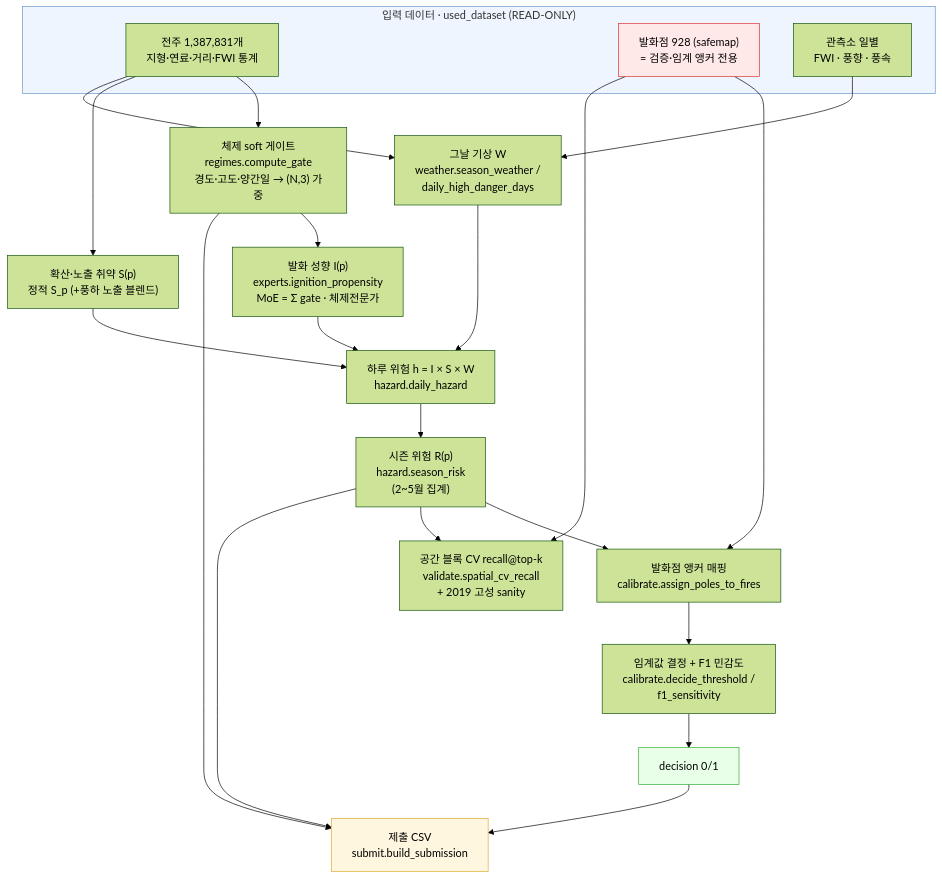
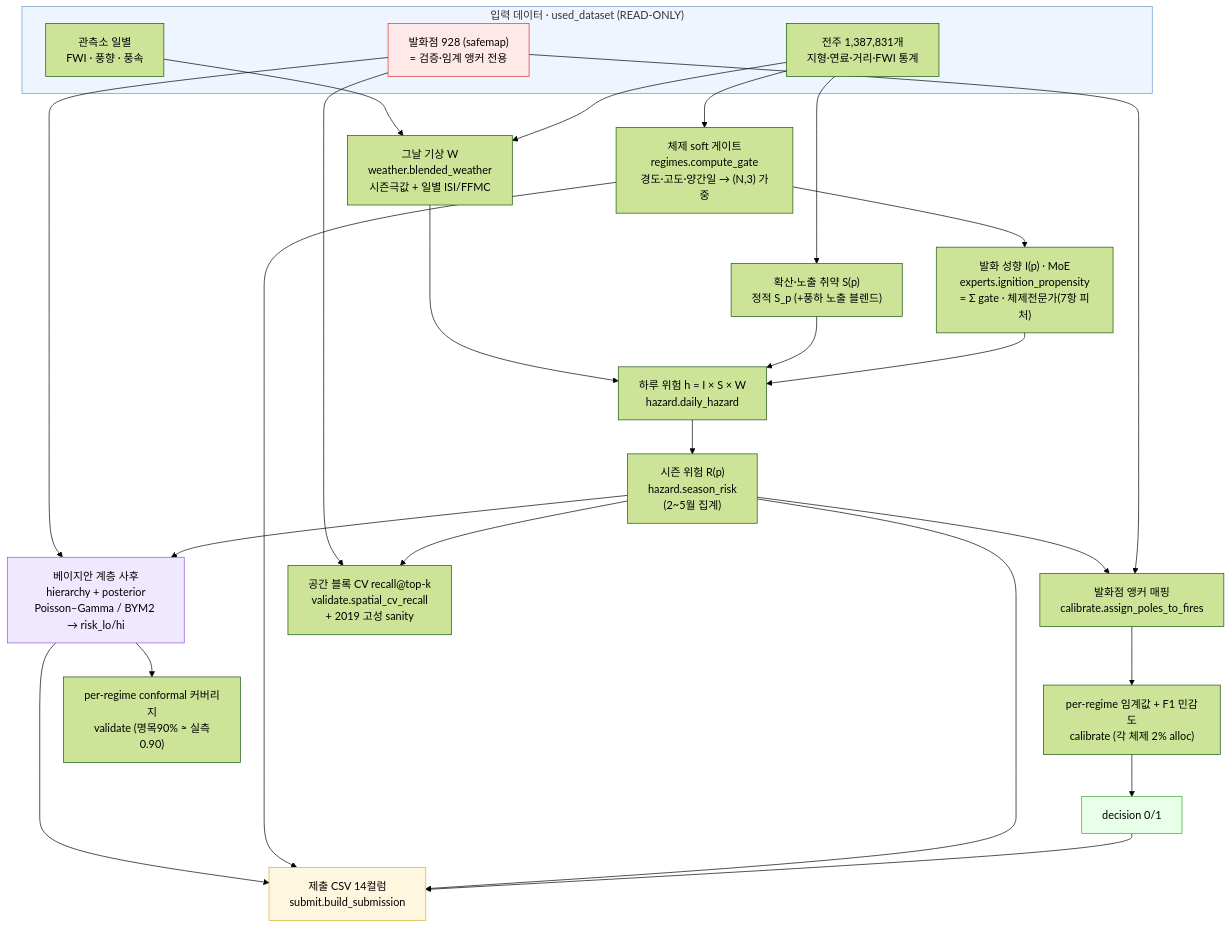
The first of 3 diagrams in README.md (zongseung/Optimal-Site-Selection), drawn with Mermaid (forest theme) before and after one commit. The commit also changed other lines of this file and 74 other files, not shown here.

First line of the commit message:
MOSAIC 산불위험 조기경보 시스템 — 물리 MoE·일별 ISI·체제별 임계·베이지안 사후+conformal·BYM·파생변수 EDA

````diff
--- a/README.md
+++ b/README.md
@@ -101,36 +132,42 @@
 ```mermaid
 flowchart TD
     subgraph IN["입력 데이터 · used_dataset (READ-ONLY)"]
         P["전주 1,387,831개<br/>지형·연료·거리·FWI 통계"]
         FP["발화점 928 (safemap)<br/>= 검증·임계 앵커 전용"]
         WD["관측소 일별<br/>FWI · 풍향 · 풍속"]
     end
 
     P --> GATE["체제 soft 게이트<br/>regimes.compute_gate<br/>경도·고도·양간일 → (N,3) 가중"]
-    GATE --> I["발화 성향 I(p)<br/>experts.ignition_propensity<br/>MoE = Σ gate · 체제전문가"]
+    GATE --> I["발화 성향 I(p) · MoE<br/>experts.ignition_propensity<br/>= Σ gate · 체제전문가(7항 피처)"]
     P --> S["확산·노출 취약 S(p)<br/>정적 S_p (+풍하 노출 블렌드)"]
-    P --> W["그날 기상 W<br/>weather.season_weather /<br/>daily_high_danger_days"]
+    P --> W["그날 기상 W<br/>weather.blended_weather<br/>시즌극값 + 일별 ISI/FFMC"]
     WD --> W
 
     I --> H["하루 위험 h = I × S × W<br/>hazard.daily_hazard"]
     S --> H
     W --> H
     H --> R["시즌 위험 R(p)<br/>hazard.season_risk<br/>(2~5월 집계)"]
 
     FP --> CAL["발화점 앵커 매핑<br/>calibrate.assign_poles_to_fires"]
     R --> CAL
-    CAL --> THR["임계값 결정 + F1 민감도<br/>calibrate.decide_threshold /<br/>f1_sensitivity"]
+    CAL --> THR["per-regime 임계값 + F1 민감도<br/>calibrate (각 체제 2% alloc)"]
     THR --> DEC["decision 0/1"]
+
+    R --> POST["베이지안 계층 사후<br/>hierarchy + posterior<br/>Poisson–Gamma / BYM2 → risk_lo/hi"]
+    FP --> POST
+    POST --> COV["per-regime conformal 커버리지<br/>validate (명목90% ≈ 실측0.90)"]
 
     R --> CV["공간 블록 CV recall@top-k<br/>validate.spatial_cv_recall<br/>+ 2019 고성 sanity"]
     FP --> CV
 
-    DEC --> SUB["제출 CSV<br/>submit.build_submission"]
+    DEC --> SUB["제출 CSV 14컬럼<br/>submit.build_submission"]
     R --> SUB
     GATE --> SUB
+    POST --> SUB
 
     style FP fill:#ffe8e8,stroke:#d33
     style IN fill:#eef5ff,stroke:#69c
     style DEC fill:#e8ffe8,stroke:#3a3
     style SUB fill:#fff6e0,stroke:#da3
+    style POST fill:#f0e8ff,stroke:#85d
 ```
````
